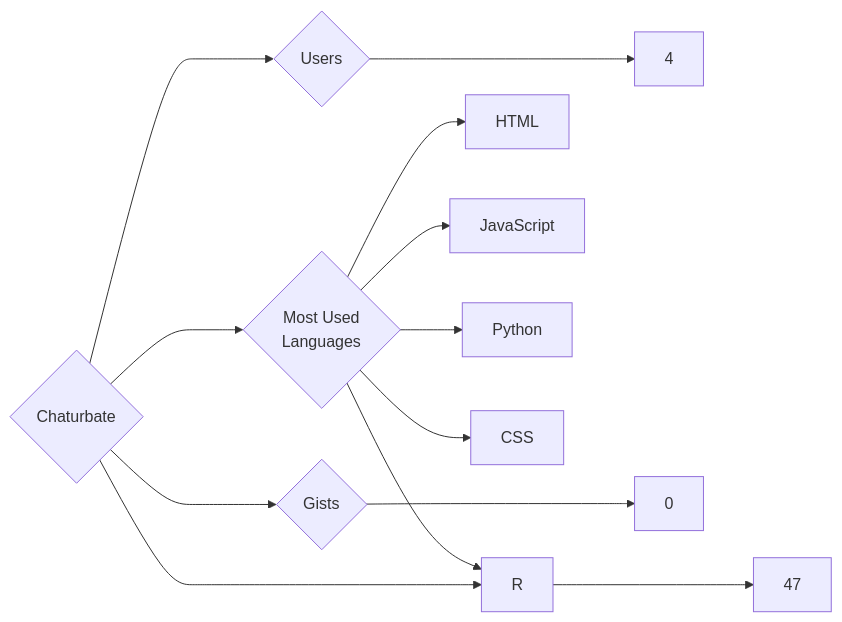
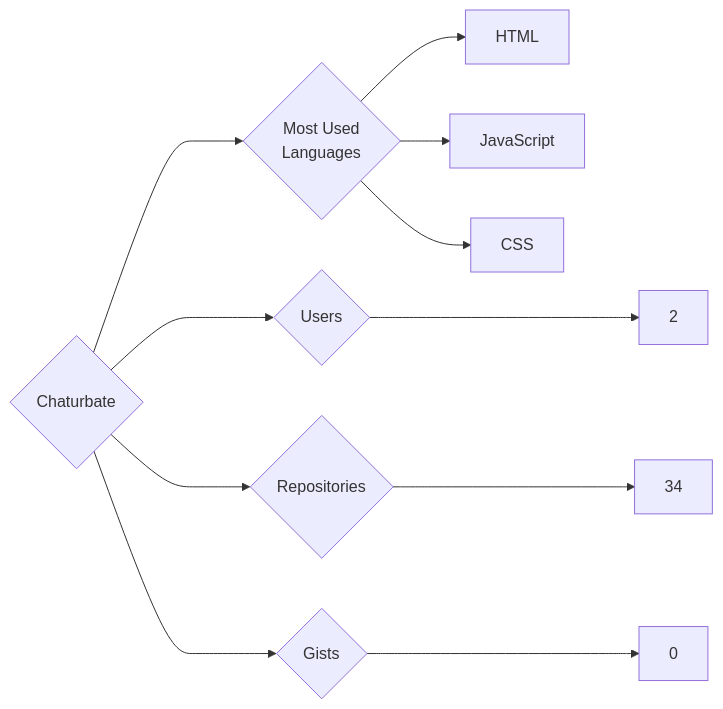
One commit to trickest/insiders changed the diagram in targets/Chaturbate/README.md. Above: the diagram before and after it, drawn with Mermaid. The commit also changed 914 other files, not shown here.

````diff
--- a/targets/Chaturbate/README.md
+++ b/targets/Chaturbate/README.md
@@ -3,13 +3,11 @@
 ```mermaid
 graph LR
 COMPANY_NAME{Chaturbate}
-COMPANY_NAME ---> U{Users} ---> UN[4]
-COMPANY_NAME ---> R{Repositories} ---> RN[47]
+COMPANY_NAME ---> U{Users} ---> UN[2]
+COMPANY_NAME ---> R{Repositories} ---> RN[34]
 COMPANY_NAME ---> G{Gists} ---> GN[0]
 COMPANY_NAME ---> ML{Most Used<br>Languages}
 ML --> HTML[HTML]
 ML --> JavaScript[JavaScript]
-ML --> Python[Python]
 ML --> CSS[CSS]
-ML --> R[R]
 ```
````
